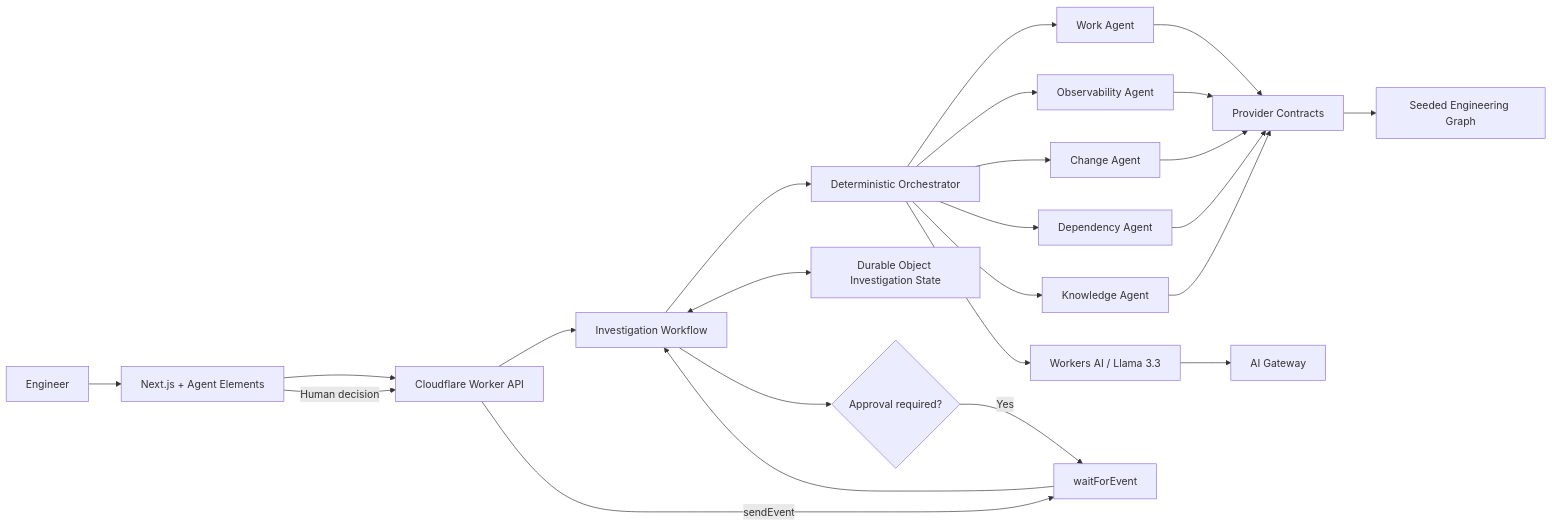
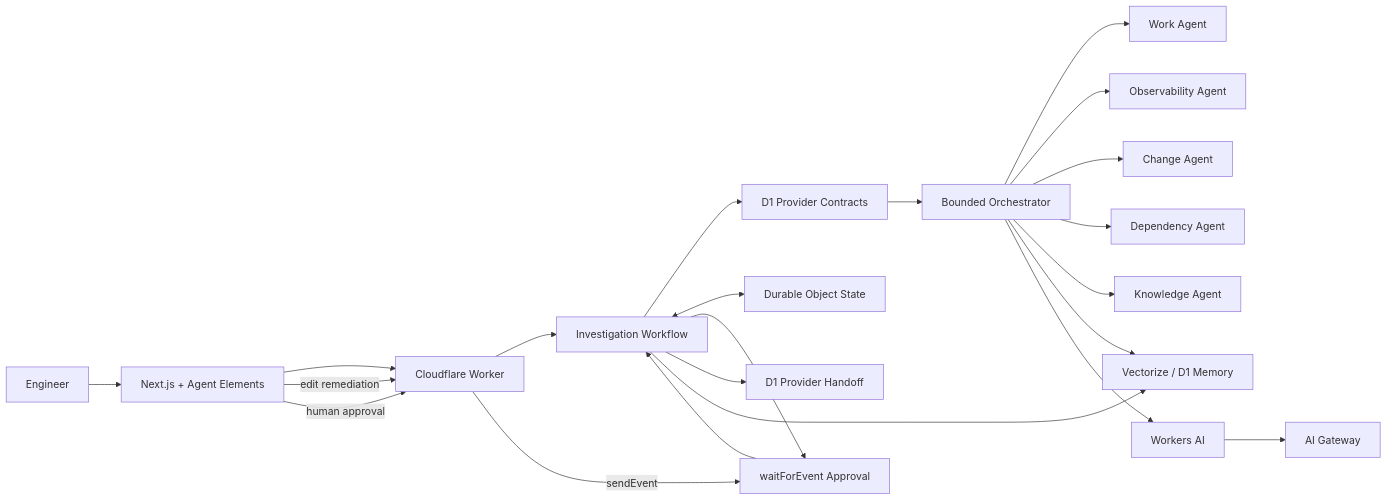
Before and after one commit to rishitshivesh/org-brain: the diagram in SUBMISSION.md, drawn with Mermaid. The commit also changed other lines of this file, not shown here.

Commit message:
complete cloudflare submission brief

````diff
--- a/SUBMISSION.md
+++ b/SUBMISSION.md
@@ -29,31 +21,27 @@
 ```mermaid
 flowchart LR
   U[Engineer] --> UI[Next.js + Agent Elements]
-  UI --> W[Cloudflare Worker API]
+  UI --> W[Cloudflare Worker]
   W --> WF[Investigation Workflow]
-  WF --> O[Deterministic Orchestrator]
+  WF --> P[D1 Provider Contracts]
+  P --> O[Bounded Orchestrator]
 
   O --> WA[Work Agent]
   O --> OA[Observability Agent]
   O --> CA[Change Agent]
   O --> DA[Dependency Agent]
   O --> KA[Knowledge Agent]
 
-  WA --> P[Provider Contracts]
-  OA --> P
-  CA --> P
-  DA --> P
-  KA --> P
-
-  P --> DATA[Seeded Engineering Graph]
-
-  O --> AI[Workers AI / Llama 3.3]
+  O --> M[Vectorize / D1 Memory]
+  O --> AI[Workers AI]
   AI --> GW[AI Gateway]
 
-  WF <--> DO[Durable Object Investigation State]
-  WF --> AP{Approval required?}
-  AP -->|Yes| WAIT[waitForEvent]
-  UI -->|Human decision| W
+  WF <--> DO[Durable Object State]
+  WF --> WAIT[waitForEvent Approval]
+  UI -->|edit remediation| W
+  UI -->|human approval| W
   W -->|sendEvent| WAIT
   WAIT --> WF
+  WF --> H[D1 Provider Handoff]
+  WF --> M
 ```
````
